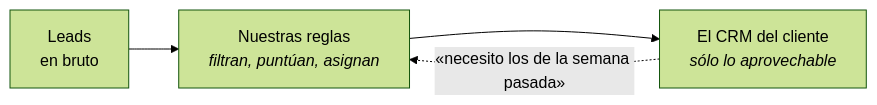
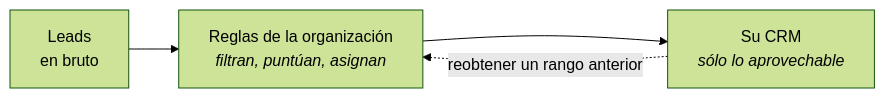
The second of 11 diagrams in .slides-events/slides.md (MDCIrony/leads-hexa), drawn with Mermaid (forest theme) before and after one commit. The commit also changed other lines of this file, not shown here.

````diff
--- a/.slides-events/slides.md
+++ b/.slides-events/slides.md
@@ -92,6 +70,6 @@
 ```mermaid {scale: 0.78}
 flowchart LR
-    L["Leads<br/>en bruto"] --> N["Nuestras reglas<br/><i>filtran, puntúan, asignan</i>"]
-    N --> C["El CRM del cliente<br/><i>sólo lo aprovechable</i>"]
-    C -.->|"«necesito los de la semana pasada»"| N
+    L["Leads<br/>en bruto"] --> N["Reglas de la organización<br/><i>filtran, puntúan, asignan</i>"]
+    N --> C["Su CRM<br/><i>sólo lo aprovechable</i>"]
+    C -.->|"reobtener un rango anterior"| N
 ```
````
